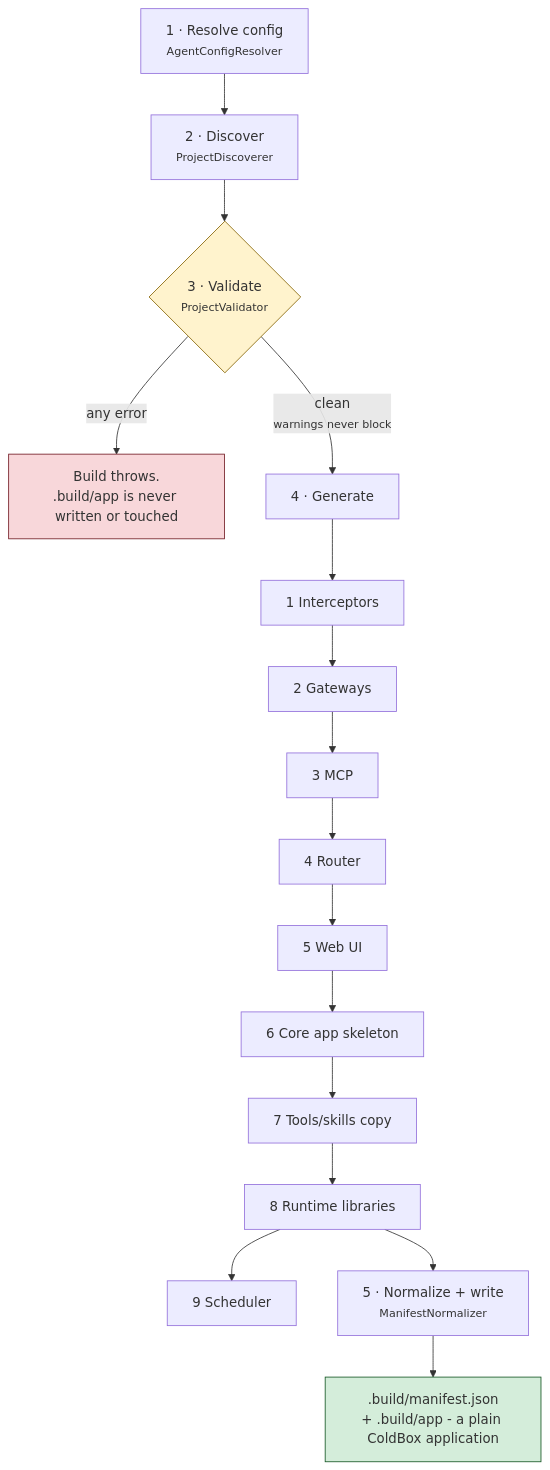
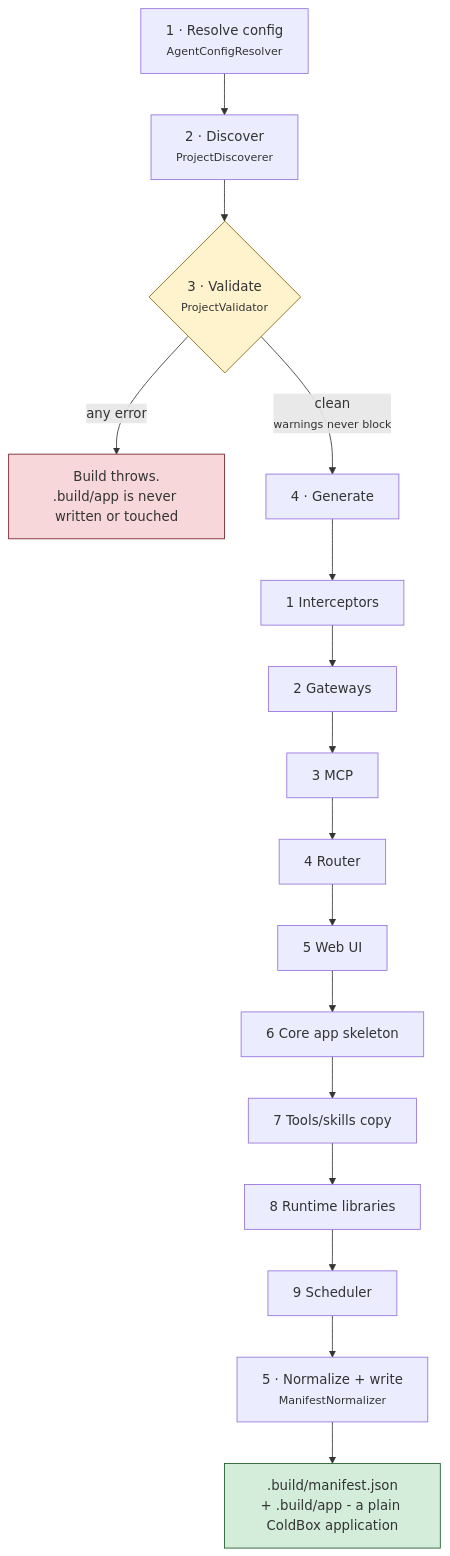
One commit to ortus-boxlang/bx-agents changed the diagram in docs/versions/1.0.x/build-pipeline.md. Above: the diagram before and after it, drawn with Mermaid. The commit also changed other lines of this file and 76 other files, not shown here.

````diff
--- a/docs/versions/1.0.x/build-pipeline.md
+++ b/docs/versions/1.0.x/build-pipeline.md
@@ -13,15 +13,15 @@
 ```mermaid
 flowchart TD
     A["1 · Resolve config<br/><small>AgentConfigResolver</small>"] --> B["2 · Discover<br/><small>ProjectDiscoverer</small>"]
     B --> C{"3 · Validate<br/><small>ProjectValidator</small>"}
     C -->|"any error"| X["Build throws.<br/>.build/app is never written or touched"]
     C -->|"clean<br/><small>warnings never block</small>"| D["4 · Generate"]
     D --> D1["1 Interceptors"] --> D2["2 Gateways"] --> D3["3 MCP"] --> D4["4 Router"]
     D4 --> D5["5 Web UI"] --> D6["6 Core app skeleton"] --> D7["7 Tools/skills copy"] --> D8["8 Runtime libraries"] --> D9["9 Scheduler"]
-    D8 --> E["5 · Normalize + write<br/><small>ManifestNormalizer</small>"]
+    D9 --> E["5 · Normalize + write<br/><small>ManifestNormalizer</small>"]
     E --> F[".build/manifest.json<br/>+ .build/app - a plain ColdBox application"]
 
     style C fill:#fff3cd,stroke:#856404
     style X fill:#f8d7da,stroke:#721c24
     style F fill:#d4edda,stroke:#155724
 ```
````
